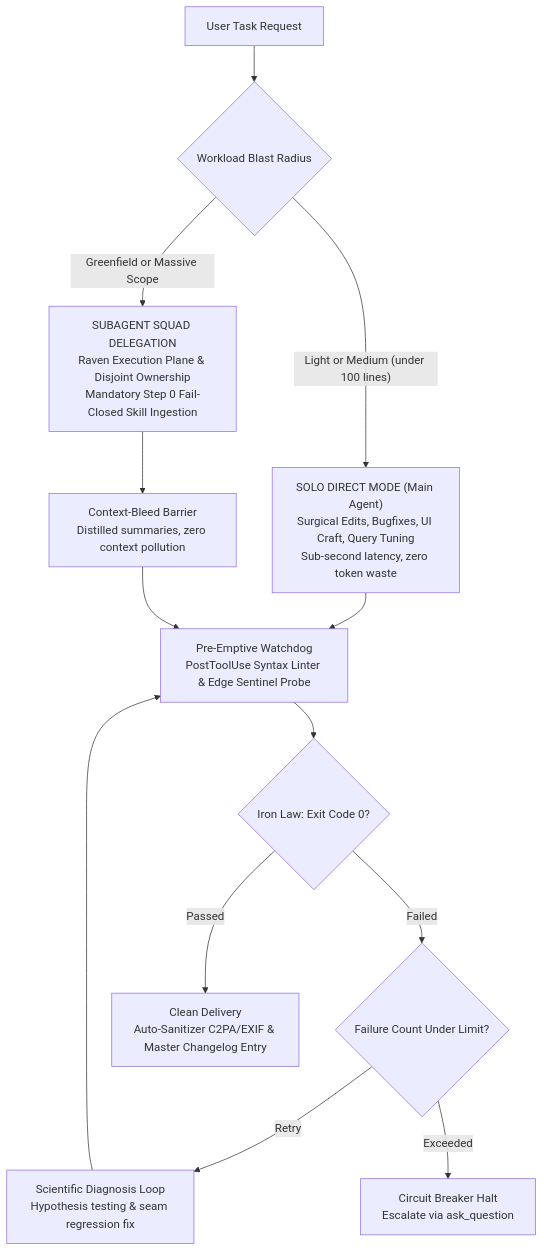
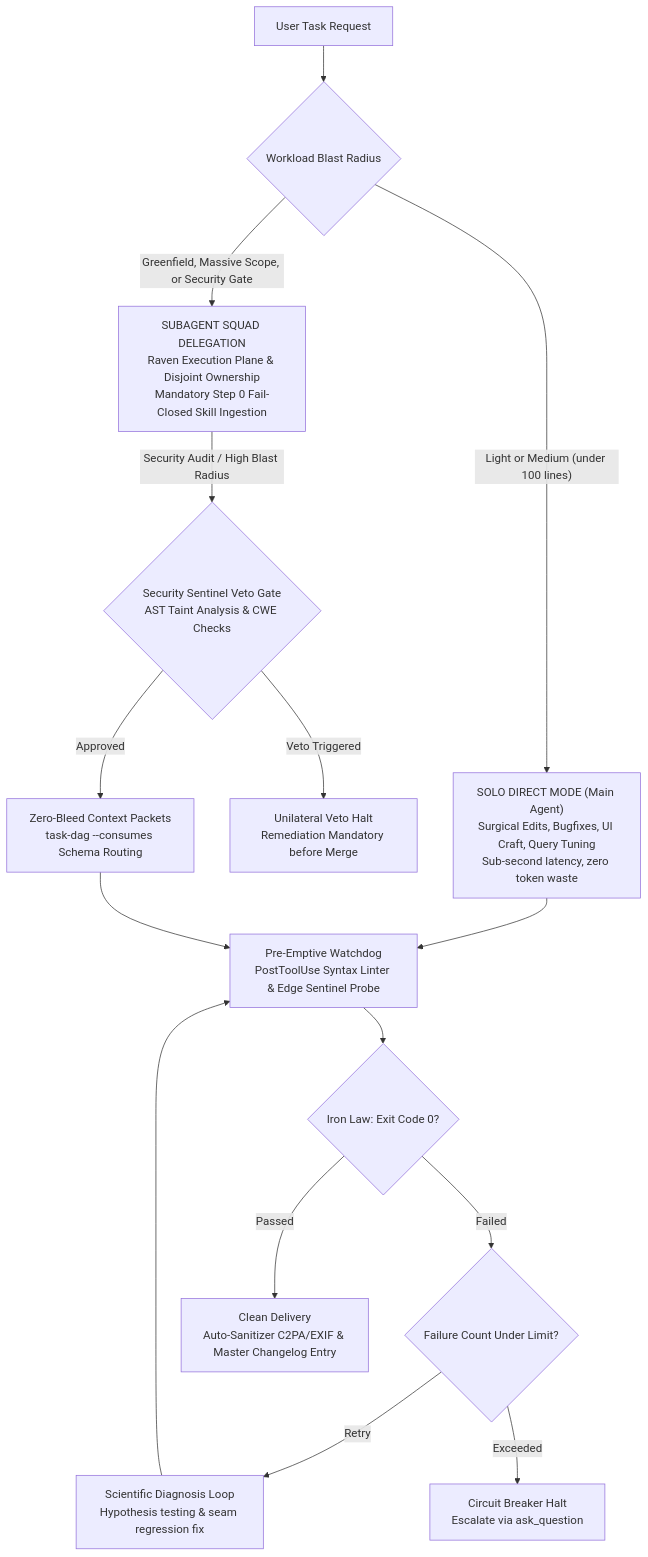
Before and after one commit to MasterPandaa/UltimateGravity: the diagram in README.md, drawn with Mermaid. The commit also changed other lines of this file and 212 other files, not shown here.

Commit message:
feat(v6.0.0): canonical release of quad-role autonomous engineering system with security sentinel, zero-bleed context packets & codebase precedence

````diff
--- a/README.md
+++ b/README.md
@@ -87,19 +97,22 @@
 ```mermaid
 flowchart TD
     User["User Task Request"] --> Gate{"Workload Blast Radius"}
     
     Gate -->|"Light or Medium (under 100 lines)"| Solo["SOLO DIRECT MODE (Main Agent)<br/>Surgical Edits, Bugfixes, UI Craft, Query Tuning<br/>Sub-second latency, zero token waste"]
-    Gate -->|"Greenfield or Massive Scope"| Squad["SUBAGENT SQUAD DELEGATION<br/>Raven Execution Plane & Disjoint Ownership<br/>Mandatory Step 0 Fail-Closed Skill Ingestion"]
+    Gate -->|"Greenfield, Massive Scope, or Security Gate"| Squad["SUBAGENT SQUAD DELEGATION<br/>Raven Execution Plane & Disjoint Ownership<br/>Mandatory Step 0 Fail-Closed Skill Ingestion"]
+    
+    Squad -->|"Security Audit / High Blast Radius"| SecGate{"Security Sentinel Veto Gate<br/>AST Taint Analysis & CWE Checks"}
+    SecGate -->|"Veto Triggered"| SecReject["Unilateral Veto Halt<br/>Remediation Mandatory before Merge"]
+    SecGate -->|"Approved"| ContextPkt["Zero-Bleed Context Packets<br/>task-dag --consumes Schema Routing"]
     
     Solo --> Watchdog["Pre-Emptive Watchdog<br/>PostToolUse Syntax Linter & Edge Sentinel Probe"]
-    Squad --> Barrier["Context-Bleed Barrier<br/>Distilled summaries, zero context pollution"]
-    Barrier --> Watchdog
+    ContextPkt --> Watchdog
     
     Watchdog --> Verify{"Iron Law: Exit Code 0?"}
     Verify -->|"Failed"| CircuitBreaker{"Failure Count Under Limit?"}
     CircuitBreaker -->|"Retry"| SelfHeal["Scientific Diagnosis Loop<br/>Hypothesis testing & seam regression fix"]
     SelfHeal --> Watchdog
     CircuitBreaker -->|"Exceeded"| Escalate["Circuit Breaker Halt<br/>Escalate via ask_question"]
     
     Verify -->|"Passed"| Deliver["Clean Delivery<br/>Auto-Sanitizer C2PA/EXIF & Master Changelog Entry"]
 ```
````
